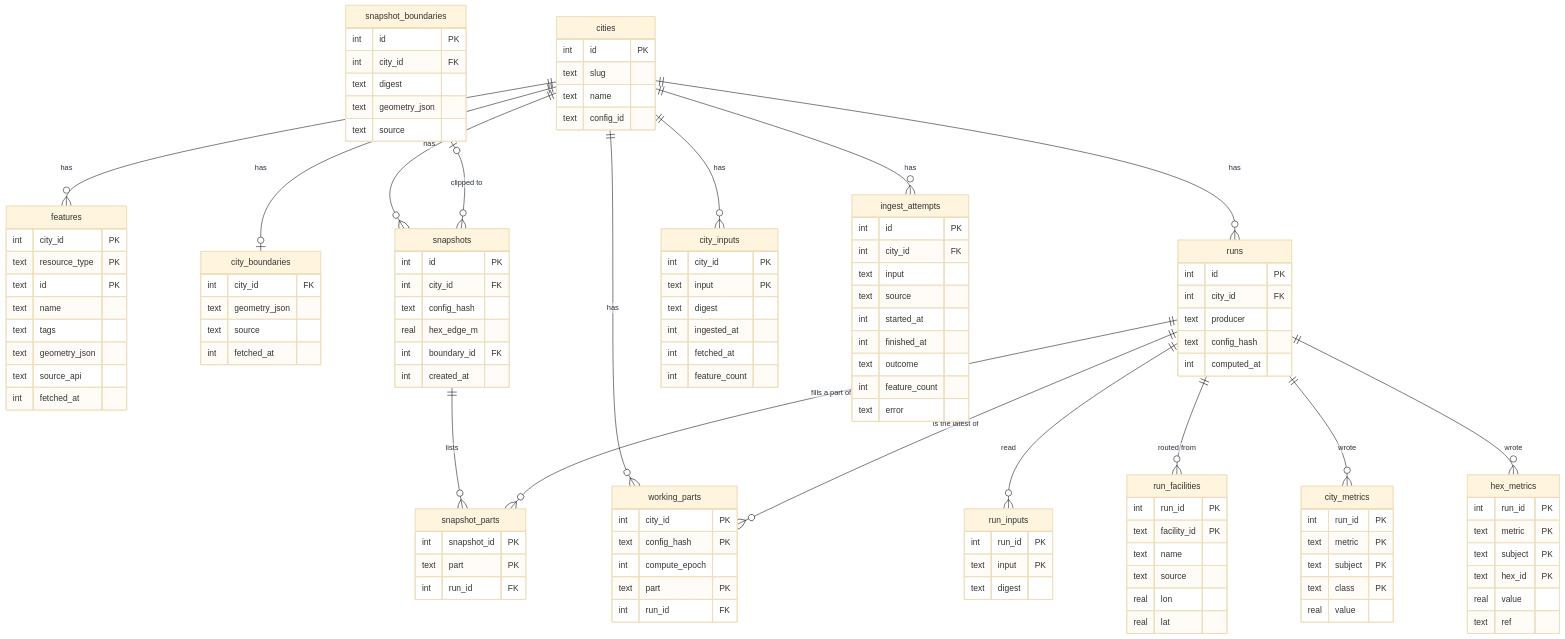
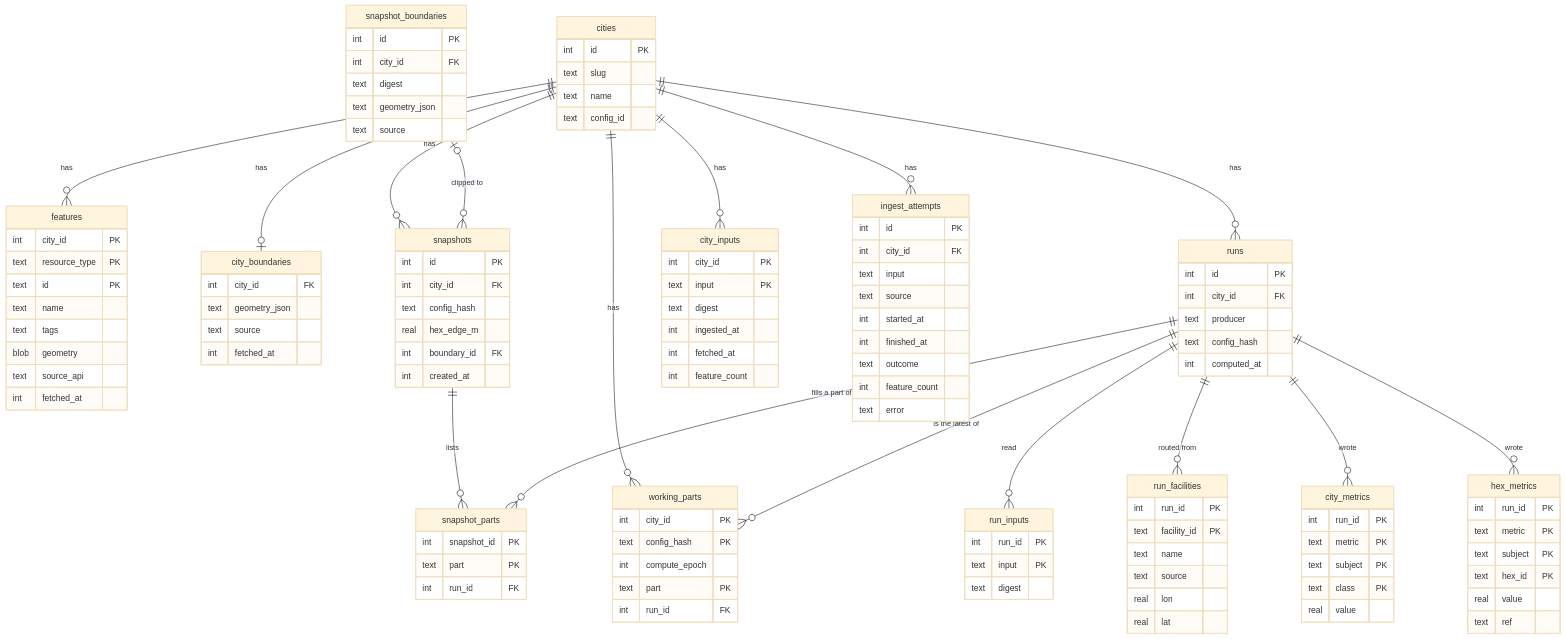
The third of 3 diagrams in docs/architecture.md (jcrussell/solvent-streets), drawn with Mermaid (base theme) before and after one commit. The commit also changed other lines of this file and 6 other files, not shown here.

```diff
--- a/docs/architecture.md
+++ b/docs/architecture.md
@@ -289,7 +289,7 @@
         text id PK
         text name
         text tags
-        text geometry_json
+        blob geometry
         text source_api
         int fetched_at
     }
```
